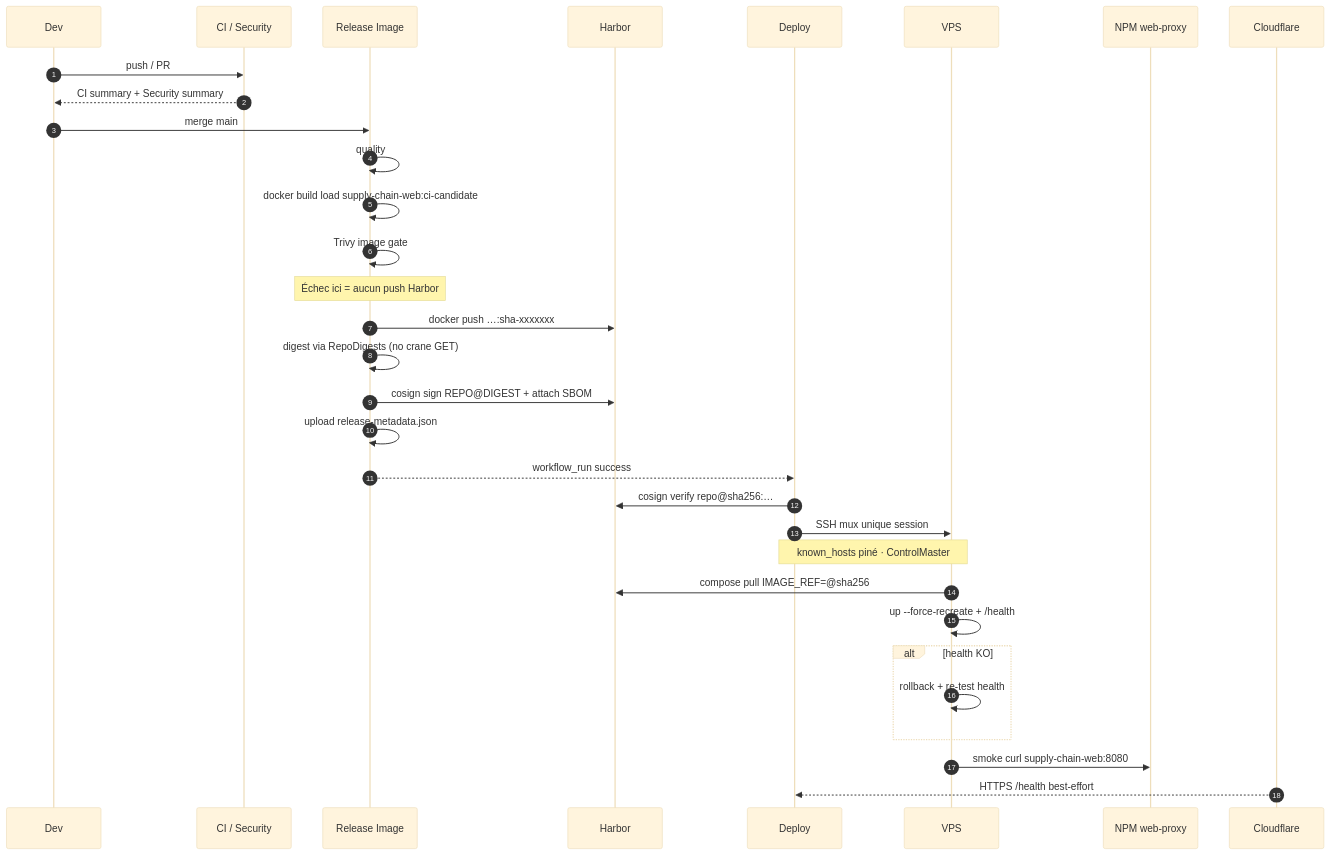
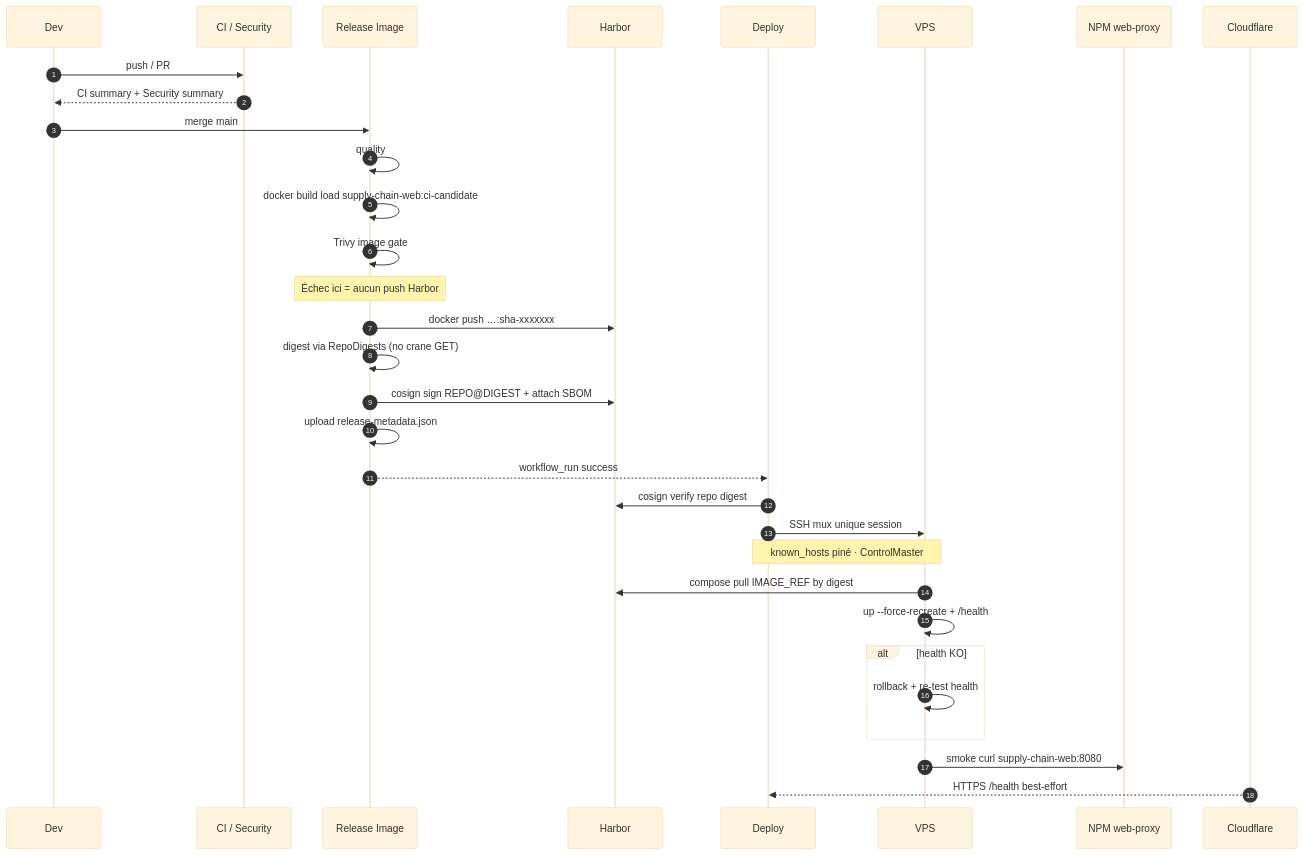
The second of 4 diagrams in .github/README.md (barthez-kenwou/supply-chain-pipeline), drawn with Mermaid (base theme) before and after one commit. The commit also changed other lines of this file and 37 other files, not shown here.

````diff
--- a/.github/README.md
+++ b/.github/README.md
@@ -119,37 +119,37 @@
 ```mermaid
 sequenceDiagram
   autonumber
   participant Dev as Dev
   participant CI as CI / Security
   participant Rel as Release Image
   participant Har as Harbor
   participant Dep as Deploy
   participant VPS as VPS
   participant Proxy as NPM web-proxy
   participant Edge as Cloudflare
 
   Dev->>CI: push / PR
   CI-->>Dev: CI summary + Security summary
 
   Dev->>Rel: merge main
   Rel->>Rel: quality
   Rel->>Rel: docker build load supply-chain-web:ci-candidate
   Rel->>Rel: Trivy image gate
   Note over Rel: Échec ici = aucun push Harbor
   Rel->>Har: docker push …:sha-xxxxxxx
   Rel->>Rel: digest via RepoDigests (no crane GET)
   Rel->>Har: cosign sign REPO@DIGEST + attach SBOM
   Rel->>Rel: upload release-metadata.json
 
   Rel-->>Dep: workflow_run success
-  Dep->>Har: cosign verify repo@sha256:…
+  Dep->>Har: cosign verify repo digest
   Dep->>VPS: SSH mux unique session
   Note over Dep,VPS: known_hosts piné · ControlMaster
-  VPS->>Har: compose pull IMAGE_REF=@sha256
+  VPS->>Har: compose pull IMAGE_REF by digest
   VPS->>VPS: up --force-recreate + /health
   alt health KO
     VPS->>VPS: rollback + re-test health
   end
   VPS->>Proxy: smoke curl supply-chain-web:8080
   Edge-->>Dep: HTTPS /health best-effort
 ```
````
